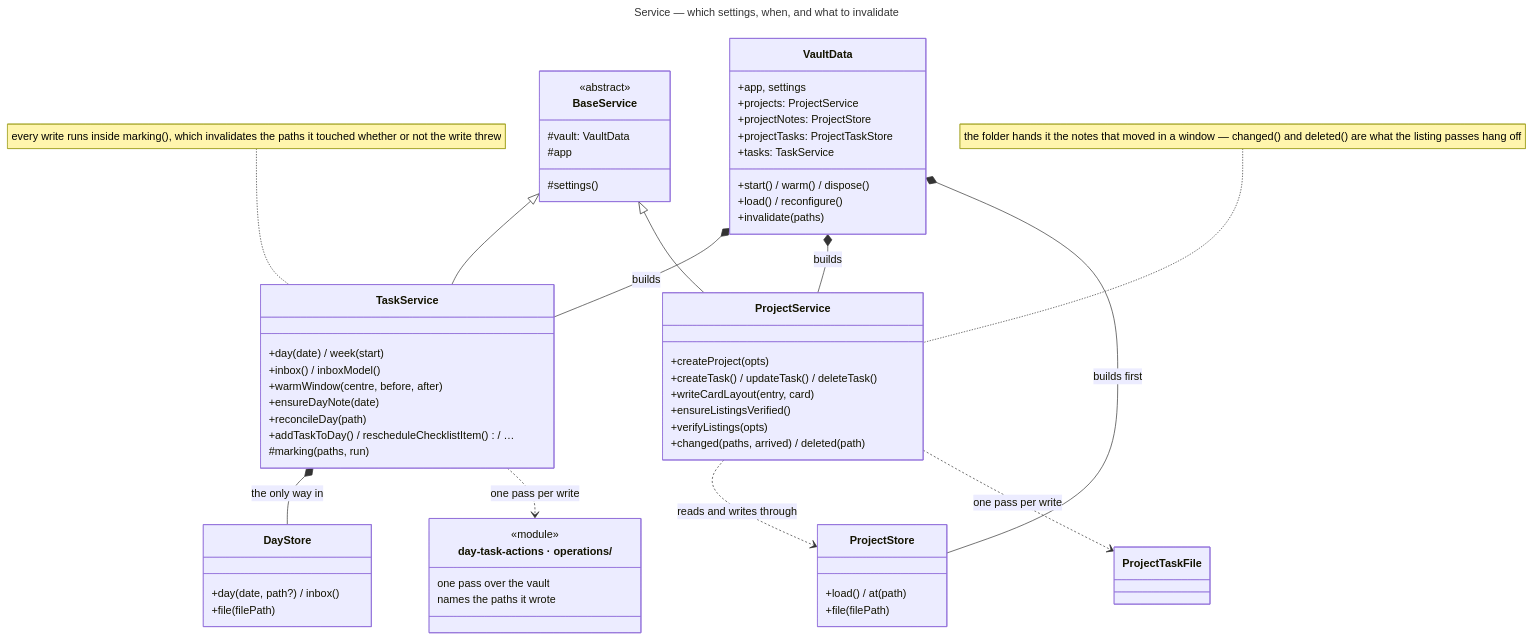
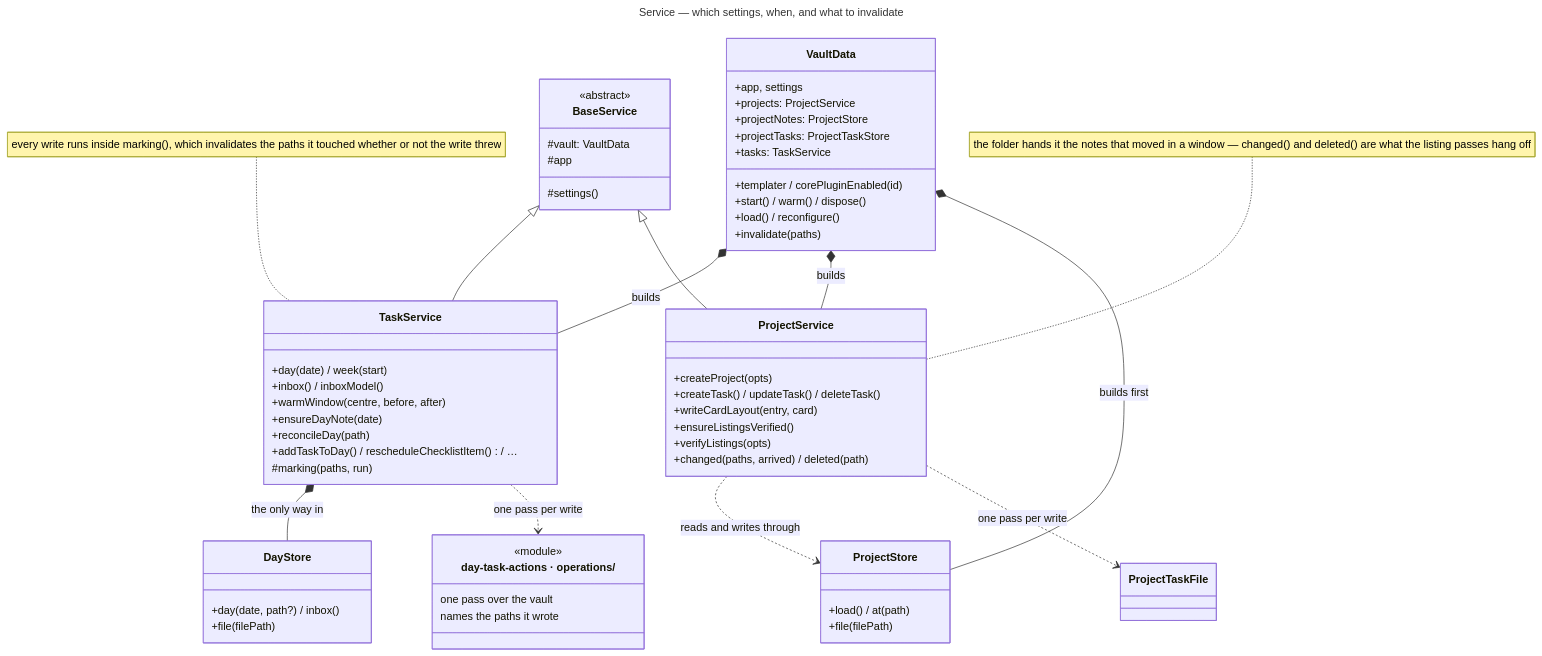
One commit to Laurent-Ferier/pm-compass changed the sixth of 9 diagrams in docs/technical/data-model.md. Above: the diagram before and after it, drawn with Mermaid. The commit also changed other lines of this file and 20 other files, not shown here.

````diff
--- a/docs/technical/data-model.md
+++ b/docs/technical/data-model.md
@@ -657,73 +657,74 @@
 ```mermaid
 ---
 title: Service — which settings, when, and what to invalidate
 ---
 classDiagram
   direction TB
 
   class VaultData {
     +app, settings
+    +templater / corePluginEnabled(id)
     +projects: ProjectService
     +projectNotes: ProjectStore
     +projectTasks: ProjectTaskStore
     +tasks: TaskService
     +start() / warm() / dispose()
     +load() / reconfigure()
     +invalidate(paths)
   }
 
   class BaseService {
     <<abstract>>
     #vault: VaultData
     #app
     #settings()
   }
 
   class TaskService {
     +day(date) / week(start)
     +inbox() / inboxModel()
     +warmWindow(centre, before, after)
     +ensureDayNote(date)
     +reconcileDay(path)
     +addTaskToDay() / rescheduleChecklistItem() / …
     #marking(paths, run)
   }
 
   class ProjectService {
     +createProject(opts)
     +createTask() / updateTask() / deleteTask()
     +writeCardLayout(entry, card)
     +ensureListingsVerified()
     +verifyListings(opts)
     +changed(paths, arrived) / deleted(path)
   }
 
   class DayStore {
     +day(date, path?) / inbox()
     +file(filePath)
   }
 
   class ProjectStore {
     +load() / at(path)
     +file(filePath)
   }
 
   class dayTaskActions["day-task-actions · operations/"] {
     <<module>>
     one pass over the vault
     names the paths it wrote
   }
 
   BaseService <|-- TaskService
   BaseService <|-- ProjectService
   VaultData *-- TaskService : builds
   VaultData *-- ProjectService : builds
   VaultData *-- ProjectStore : builds first
   TaskService *-- DayStore : the only way in
   ProjectService ..> ProjectStore : reads and writes through
   TaskService ..> dayTaskActions : one pass per write
   ProjectService ..> ProjectTaskFile : one pass per write
 
   note for ProjectService "the folder hands it the notes that moved in a window — changed() and deleted() are what the listing passes hang off"
   note for TaskService "every write runs inside marking(), which invalidates the paths it touched whether or not the write threw"
 ```
````
